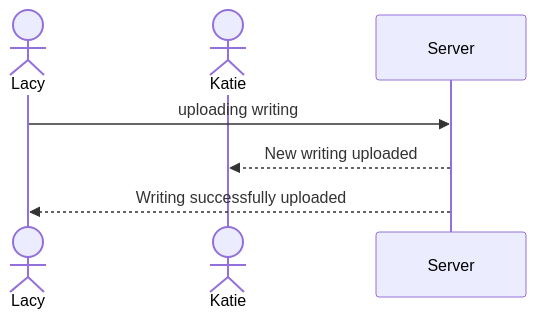
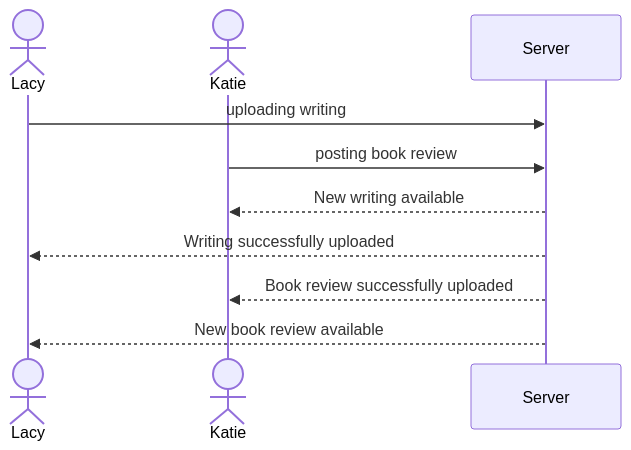
Before and after one commit to lacyelln/startup: the diagram in README.md, drawn with Mermaid. The commit also changed other lines of this file, not shown here.

````diff
--- a/README.md
+++ b/README.md
@@ -42,8 +32,11 @@
 ```mermaid
 sequenceDiagram
     actor Lacy
     actor Katie
     Lacy->>Server: uploading writing
-    Server -->>Katie: New writing uploaded
+    Katie->>Server: posting book review
+    Server -->>Katie: New writing available
     Server -->>Lacy: Writing successfully uploaded
+    Server -->>Katie: Book review successfully uploaded
+    Server -->>Lacy: New book review available
 ```
````
